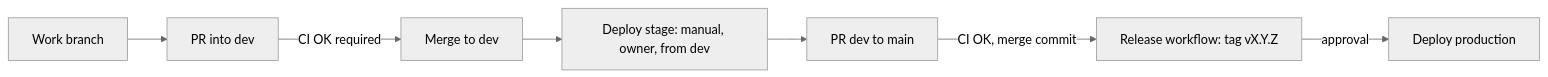
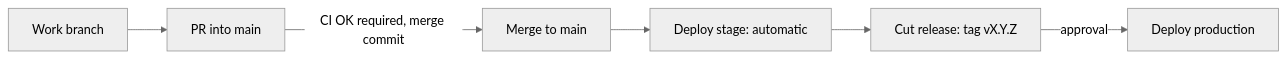
One commit to greenblacked/Notes changed the diagram in README.md. Above: the diagram before and after it, drawn with Mermaid (neutral theme). The commit also changed other lines of this file and 5 other files, not shown here.

Commit message:
docs: describe the main-only delivery flow

````diff
--- a/README.md
+++ b/README.md
@@ -84,9 +84,8 @@
 ```mermaid
 flowchart LR
-    A[Work branch] --> B[PR into dev]
-    B -->|CI OK required| C[Merge to dev]
-    C --> D[Deploy stage: manual, owner, from dev]
-    D --> E[PR dev to main]
-    E -->|CI OK, merge commit| F[Release workflow: tag vX.Y.Z]
+    A[Work branch] --> B[PR into main]
+    B -->|CI OK required, merge commit| C[Merge to main]
+    C --> D[Deploy stage: automatic]
+    D --> F[Cut release: tag vX.Y.Z]
     F -->|approval| G[Deploy production]
 ```
````
